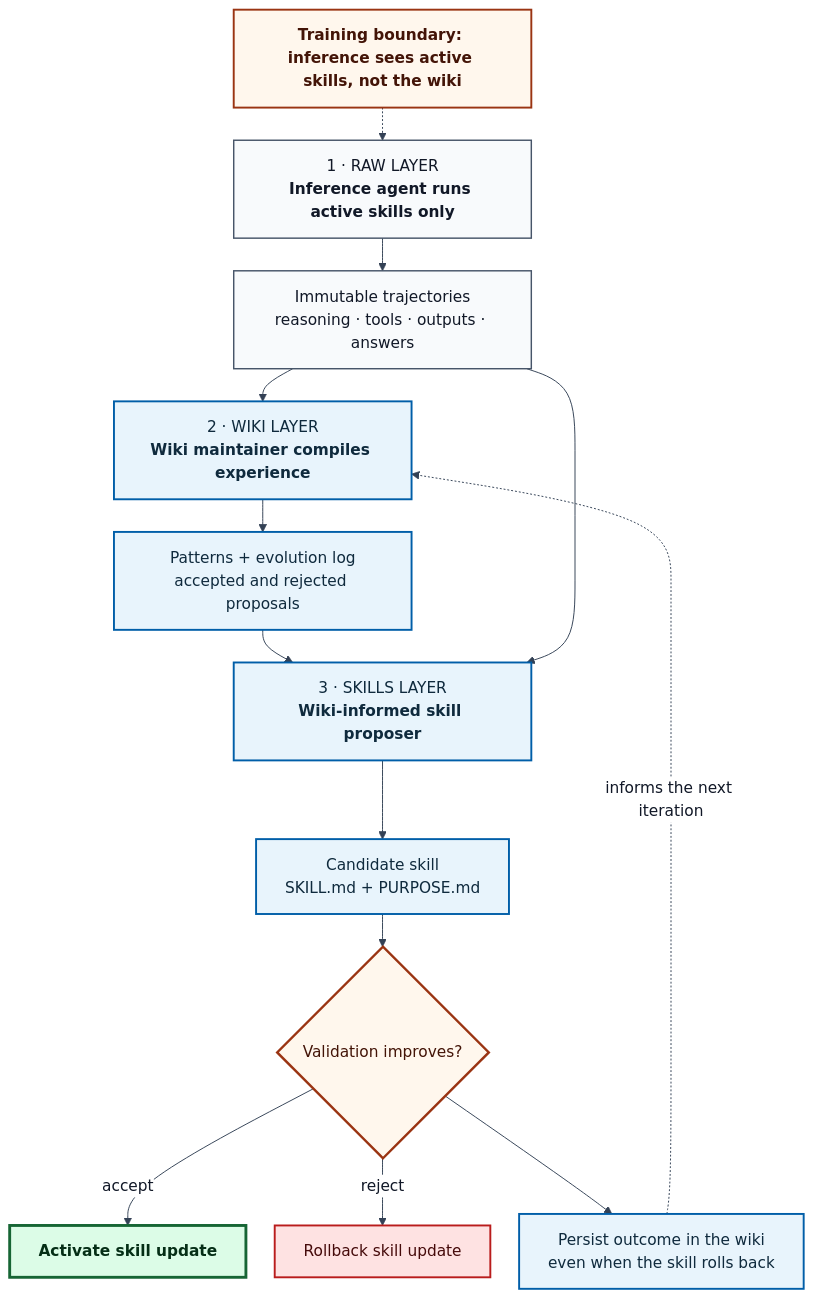
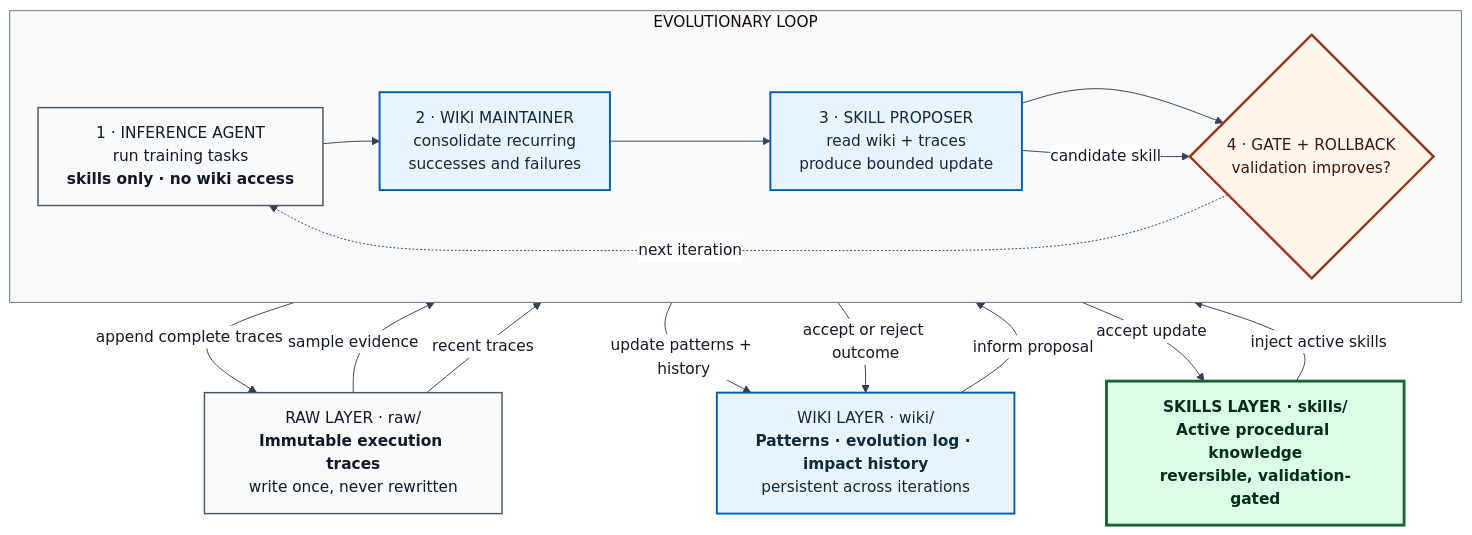
Before and after one commit to gvillarroel/blog: the diagram in docs/assets/modern-skill-evaluation/wikiskill-loop.mmd, drawn with Mermaid. The commit also changed 26 other files, not shown here.

```diff
--- a/docs/assets/modern-skill-evaluation/wikiskill-loop.mmd
+++ b/docs/assets/modern-skill-evaluation/wikiskill-loop.mmd
@@ -1,34 +1,36 @@
 %%{init: {"theme": "base", "themeVariables": {"fontFamily": "Arial, sans-serif", "primaryColor": "#ffffff", "primaryTextColor": "#111827", "primaryBorderColor": "#334155", "lineColor": "#334155", "secondaryColor": "#f8fafc", "tertiaryColor": "#e8f4fc", "background": "#ffffff", "clusterBkg": "#f8fafc", "clusterBorder": "#64748b", "edgeLabelBackground": "#ffffff"}, "themeCSS": ".nodeLabel, .edgeLabel, .cluster-label { font-family: Arial, sans-serif !important; }", "flowchart": {"curve": "basis", "nodeSpacing": 30, "rankSpacing": 34, "wrappingWidth": 250}}}%%
 flowchart TB
-  N["Training boundary: inference sees active skills, not the wiki"]
-  I["1 · RAW LAYER<br/><b>Inference agent runs active skills only</b>"]
-  T["Immutable trajectories<br/>reasoning · tools · outputs · answers"]
-  M["2 · WIKI LAYER<br/><b>Wiki maintainer compiles experience</b>"]
-  P["Patterns + evolution log<br/>accepted and rejected proposals"]
-  Q["3 · SKILLS LAYER<br/><b>Wiki-informed skill proposer</b>"]
-  C["Candidate skill<br/>SKILL.md + PURPOSE.md"]
-  G{"Validation improves?"}
-  A["Activate skill update"]
-  B["Rollback skill update"]
-  O["Persist outcome in the wiki<br/>even when the skill rolls back"]
+  S["SKILLS LAYER · skills/<br/><b>Active procedural knowledge</b><br/>reversible, validation-gated"]
+  W["WIKI LAYER · wiki/<br/><b>Patterns · evolution log · impact history</b><br/>persistent across iterations"]
+  R["RAW LAYER · raw/<br/><b>Immutable execution traces</b><br/>write once, never rewritten"]
 
-  I --> T --> M --> P --> Q --> C --> G
-  T --> Q
-  G -- accept --> A
-  G -- reject --> B
-  G --> O
-  O -. informs the next iteration .-> M
-  N -.-> I
+  subgraph E["EVOLUTIONARY LOOP"]
+    direction LR
+    I["1 · INFERENCE AGENT<br/>run training tasks<br/><b>skills only · no wiki access</b>"]
+    M["2 · WIKI MAINTAINER<br/>consolidate recurring<br/>successes and failures"]
+    P["3 · SKILL PROPOSER<br/>read wiki + traces<br/>produce bounded update"]
+    G{"4 · GATE + ROLLBACK<br/>validation improves?"}
+    I --> M --> P --> G
+  end
+
+  S -- inject active skills --> I
+  I -- append complete traces --> R
+  R -- sample evidence --> M
+  M -- update patterns + history --> W
+  W -- inform proposal --> P
+  R -- recent traces --> P
+  P -- candidate skill --> G
+  G -- accept update --> S
+  G -- accept or reject outcome --> W
+  G -. next iteration .-> I
 
   classDef evidence fill:#f8fafc,stroke:#475569,color:#111827,stroke-width:1.5px;
   classDef knowledge fill:#e8f4fc,stroke:#005ea8,color:#0f2a3d,stroke-width:2px;
   classDef gate fill:#fff7ed,stroke:#9a3412,color:#431407,stroke-width:2.5px;
   classDef accepted fill:#dcfce7,stroke:#166534,color:#052e16,stroke-width:3px,font-weight:bold;
   classDef rejected fill:#fee2e2,stroke:#b91c1c,color:#450a0a,stroke-width:2px;
   classDef note fill:#fff7ed,stroke:#9a3412,color:#431407,stroke-width:2px,font-weight:bold;
-  class I,T evidence;
-  class M,P,Q,C,O knowledge;
+  class R,I evidence;
+  class W,M,P knowledge;
   class G gate;
-  class A accepted;
-  class B rejected;
-  class N note;
+  class S accepted;
```
